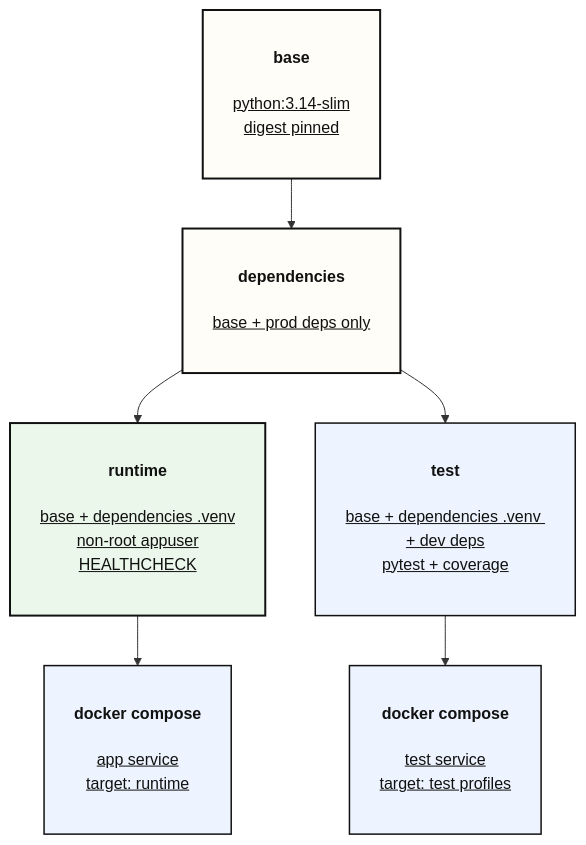
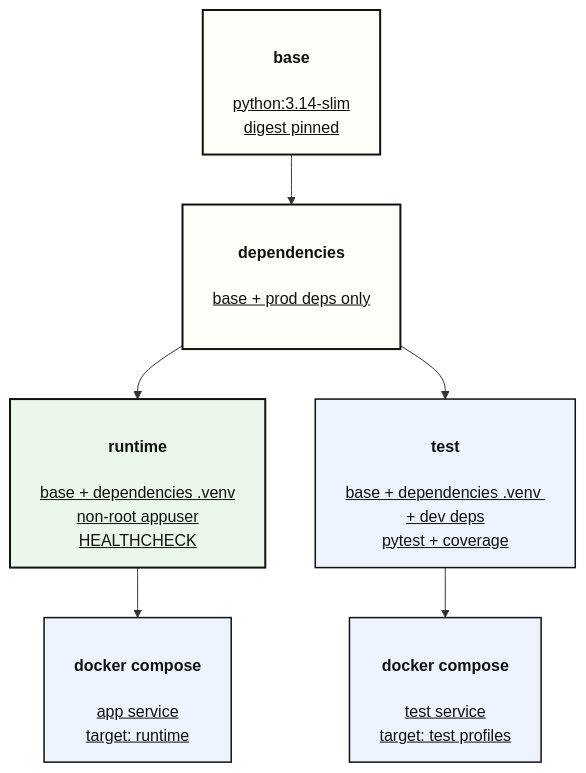
Before and after one commit to yaoki-dev/api-test-devops-portfolio: the fourth of 4 diagrams in README.md, drawn with Mermaid. The commit also changed other lines of this file, not shown here.

First line of the commit message:
docs(readme): mermaid図のノードラベル改行位置を調整

````diff
--- a/README.md
+++ b/README.md
@@ -169,29 +155,24 @@
 ```mermaid
 flowchart TD
-    B["<h4>base</h4><u>python:3.14-slim<br/>digest pinned</u>
-    <br/>"]
+    B["<h4>base</h4><u>python:3.14-slim<br/>digest pinned</u>"]
 
     B --> D["<h4>dependencies</h4><u>base + prod deps only</u>
     <br/>"]
 
-    D --> R["<h4>runtime</h4><u>base + dependencies .venv<br/>non-root appuser<br/>HEALTHCHECK</u>
-    <br/>"]
+    D --> R["<h4>runtime</h4><u>base + dependencies .venv<br/>non-root appuser<br/>HEALTHCHECK</u>"]
 
-    D --> T["<h4>test</h4><u>base + dependencies .venv + dev deps<br/>pytest + coverage</u>
-    <br/>"]
+    D --> T["<h4>test</h4><u>base + dependencies .venv + dev deps<br/>pytest + coverage</u>"]
 
-    R --> C1["<h4>docker compose</h4><u>app service<br/>target: runtime</u>
-    <br/>"]
+    R --> C1["<h4>docker compose</h4><u>app service<br/>target: runtime</u>"]
 
-    T --> C2["<h4>docker compose</h4><u>test service<br/>target: test profiles</u>
-    <br/>"]
+    T --> C2["<h4>docker compose</h4><u>test service<br/>target: test profiles</u>"]
 
     classDef default fill:#F7F3EA,stroke:#111,stroke-width:1.5px,color:#111;
     classDef key fill:#FFFDF7,stroke:#111,stroke-width:2px,color:#111;
     classDef runtime fill:#EAF7EA,stroke:#111,stroke-width:2px,color:#111;
     classDef support fill:#EEF4FF,stroke:#111,stroke-width:1.5px,color:#111;
 
     class B,D key;
     class R runtime;
     class T,C1,C2 support;
 ```
````
